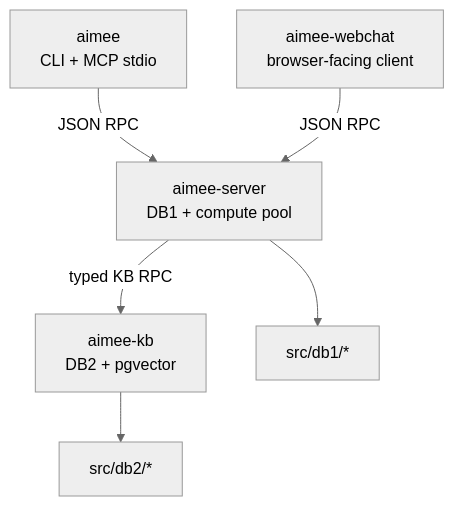
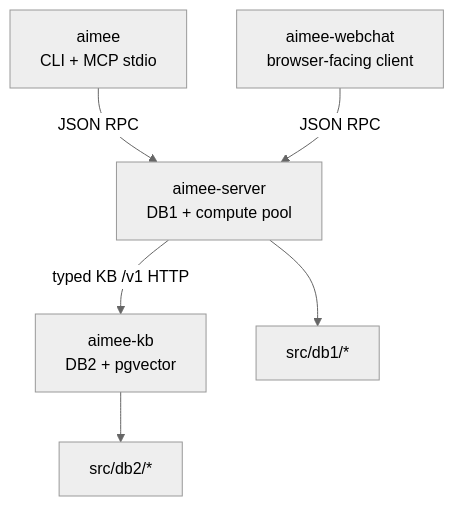
Before and after one commit to AsobaCloud/nehanda-cli: the diagram in docs/STATUS.md, drawn with Mermaid (neutral theme). The commit also changed 6 other files, not shown here.

````diff
--- a/docs/STATUS.md
+++ b/docs/STATUS.md
@@ -107,8 +107,8 @@
 ```mermaid
 flowchart TD
     CLI[aimee\nCLI + MCP stdio] -->|JSON RPC| SRV[aimee-server\nDB1 + compute pool]
     WEB[aimee-webchat\nbrowser-facing client] -->|JSON RPC| SRV
-    SRV -->|typed KB RPC| KB[aimee-kb\nDB2 + pgvector]
+    SRV -->|typed KB /v1 HTTP| KB[aimee-kb\nDB2 + pgvector]
     SRV --> DB1[src/db1/*]
     KB --> DB2[src/db2/*]
 ```
````
